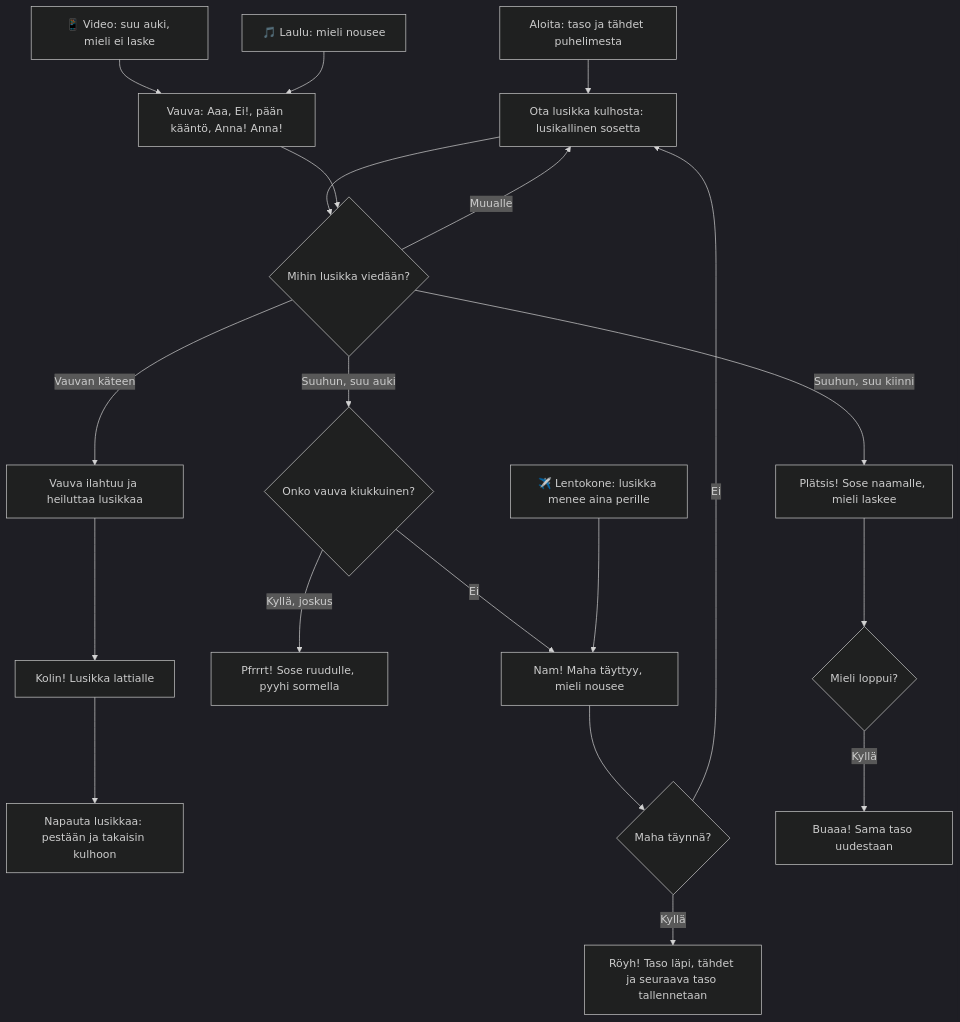
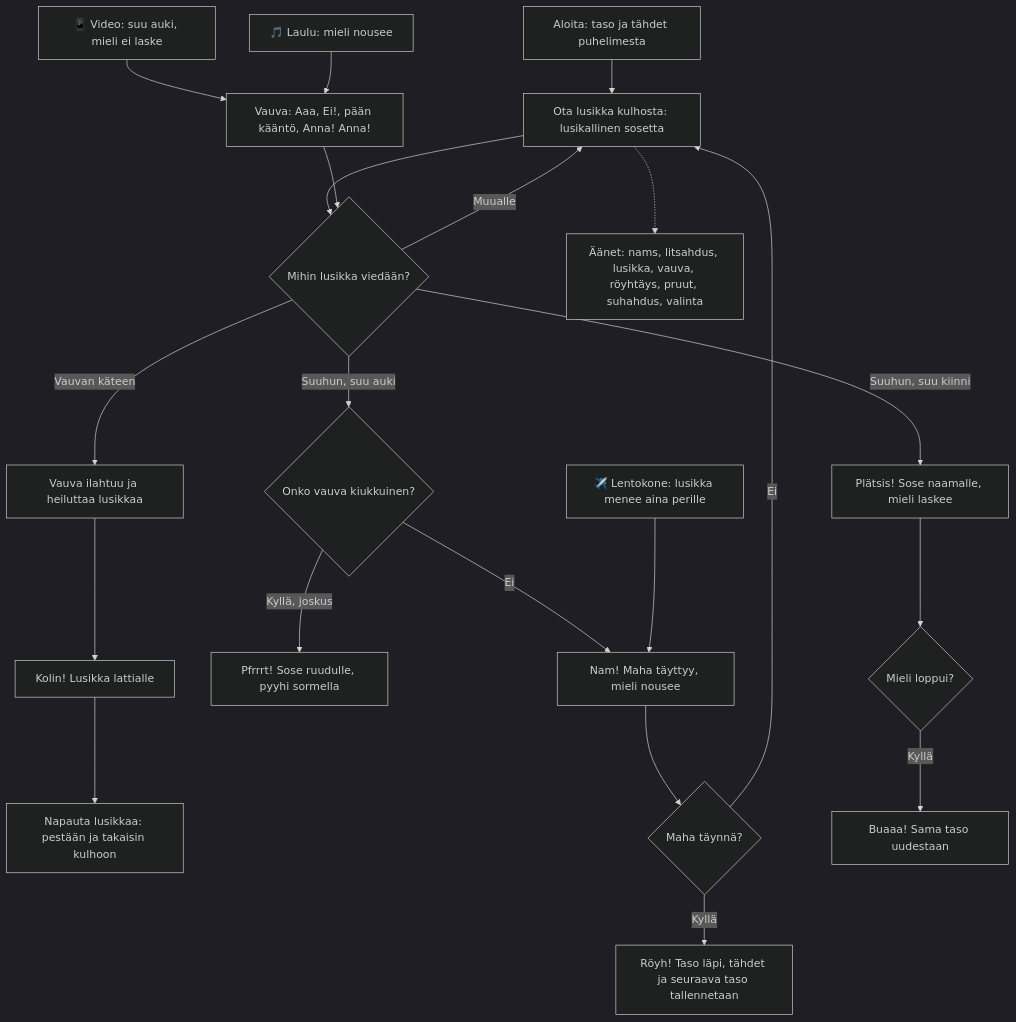
One commit to eerovil/ai-pelit changed the diagram in docs/diagrams/vauvan-syotto.md. Above: the diagram before and after it, drawn with Mermaid (dark theme). The commit also changed other lines of this file and 3 other files, not shown here.

````diff
--- a/docs/diagrams/vauvan-syotto.md
+++ b/docs/diagrams/vauvan-syotto.md
@@ -8,28 +9,30 @@
 ```mermaid
 flowchart TD
   A[Aloita: taso ja tähdet puhelimesta] --> B[Ota lusikka kulhosta: lusikallinen sosetta]
   B --> C{Mihin lusikka viedään?}
   C -- Suuhun, suu auki --> D{Onko vauva kiukkuinen?}
   D -- Ei --> E[Nam! Maha täyttyy, mieli nousee]
   D -- Kyllä, joskus --> F[Pfrrrt! Sose ruudulle, pyyhi sormella]
   C -- Suuhun, suu kiinni --> G[Plätsis! Sose naamalle, mieli laskee]
   C -- Vauvan käteen --> H[Vauva ilahtuu ja heiluttaa lusikkaa]
   H --> I[Kolin! Lusikka lattialle]
   I --> J[Napauta lusikkaa: pestään ja takaisin kulhoon]
   C -- Muualle --> B
   K[Vauva: Aaa, Ei!, pään kääntö, Anna! Anna!] --> C
   P1[📱 Video: suu auki, mieli ei laske] --> K
   P2[✈️ Lentokone: lusikka menee aina perille] --> E
   P3[🎵 Laulu: mieli nousee] --> K
   E --> L{Maha täynnä?}
   L -- Kyllä --> M[Röyh! Taso läpi, tähdet ja seuraava taso tallennetaan]
   L -- Ei --> B
   N{Mieli loppui?} -- Kyllä --> O[Buaaa! Sama taso uudestaan]
   G --> N
+  B -.-> Q[Äänet: nams, litsahdus, lusikka, vauva, röyhtäys, pruut, suhahdus, valinta]
   class A,B blue
   class C,D,L,N amber
   class H,I,J teal
   class K,P1,P2,P3 violet
   class E,M green
+  class Q blue
   class F,G,O rose
 ```
````
